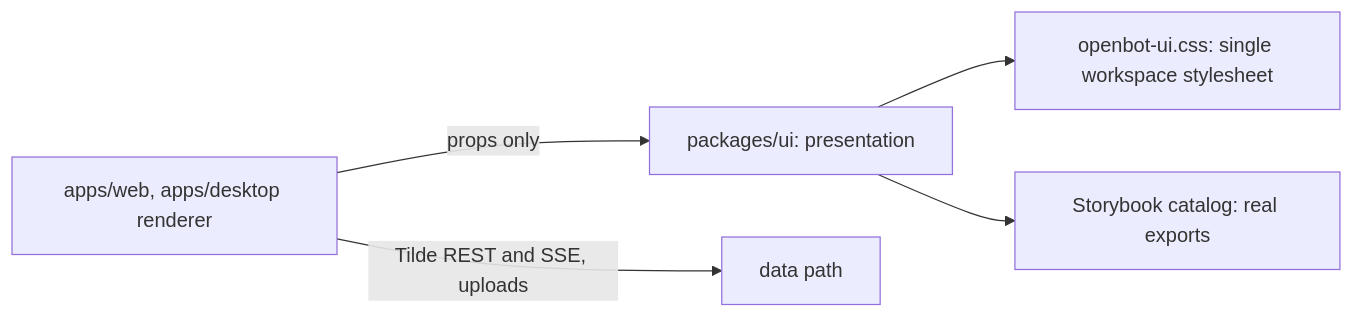
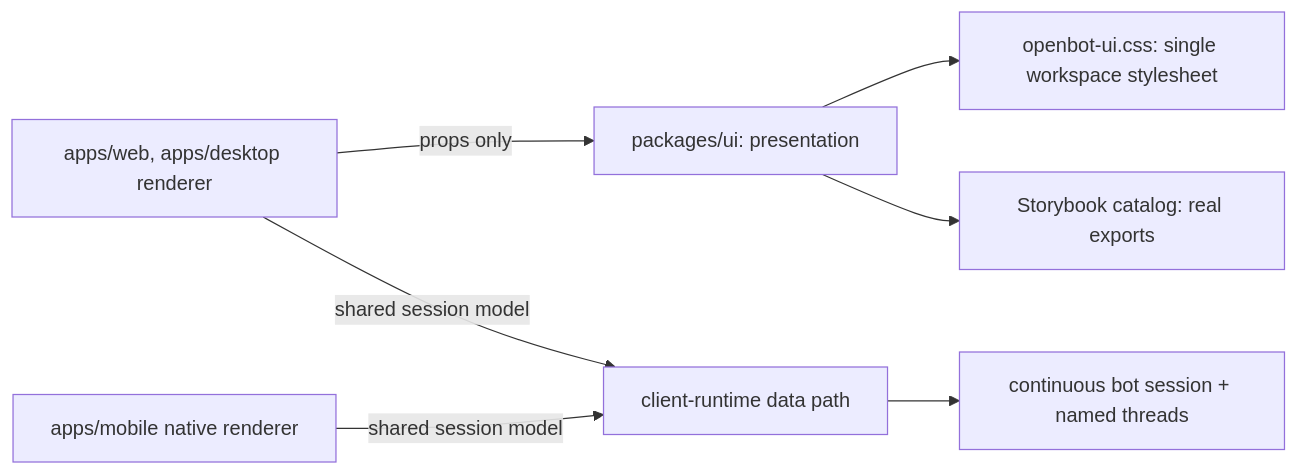
The diagram in docs/adrs/0023-workspace-ui-package-owns-presentation.md (trytilde/dispatch), drawn with Mermaid before and after one commit. The commit also changed other lines of this file and 36 other files, not shown here.

````diff
--- a/docs/adrs/0023-workspace-ui-package-owns-presentation.md
+++ b/docs/adrs/0023-workspace-ui-package-owns-presentation.md
@@ -41,7 +43,9 @@
 ```mermaid
 flowchart LR
   A["apps/web, apps/desktop renderer"] -->|"props only"| U["packages/ui: presentation"]
-  A -->|"Tilde REST and SSE, uploads"| D["data path"]
+  M["apps/mobile native renderer"] -->|"shared session model"| D["client-runtime data path"]
+  A -->|"shared session model"| D
+  D --> T["continuous bot session + named threads"]
   U --> C["openbot-ui.css: single workspace stylesheet"]
   U --> S["Storybook catalog: real exports"]
 ```
````
